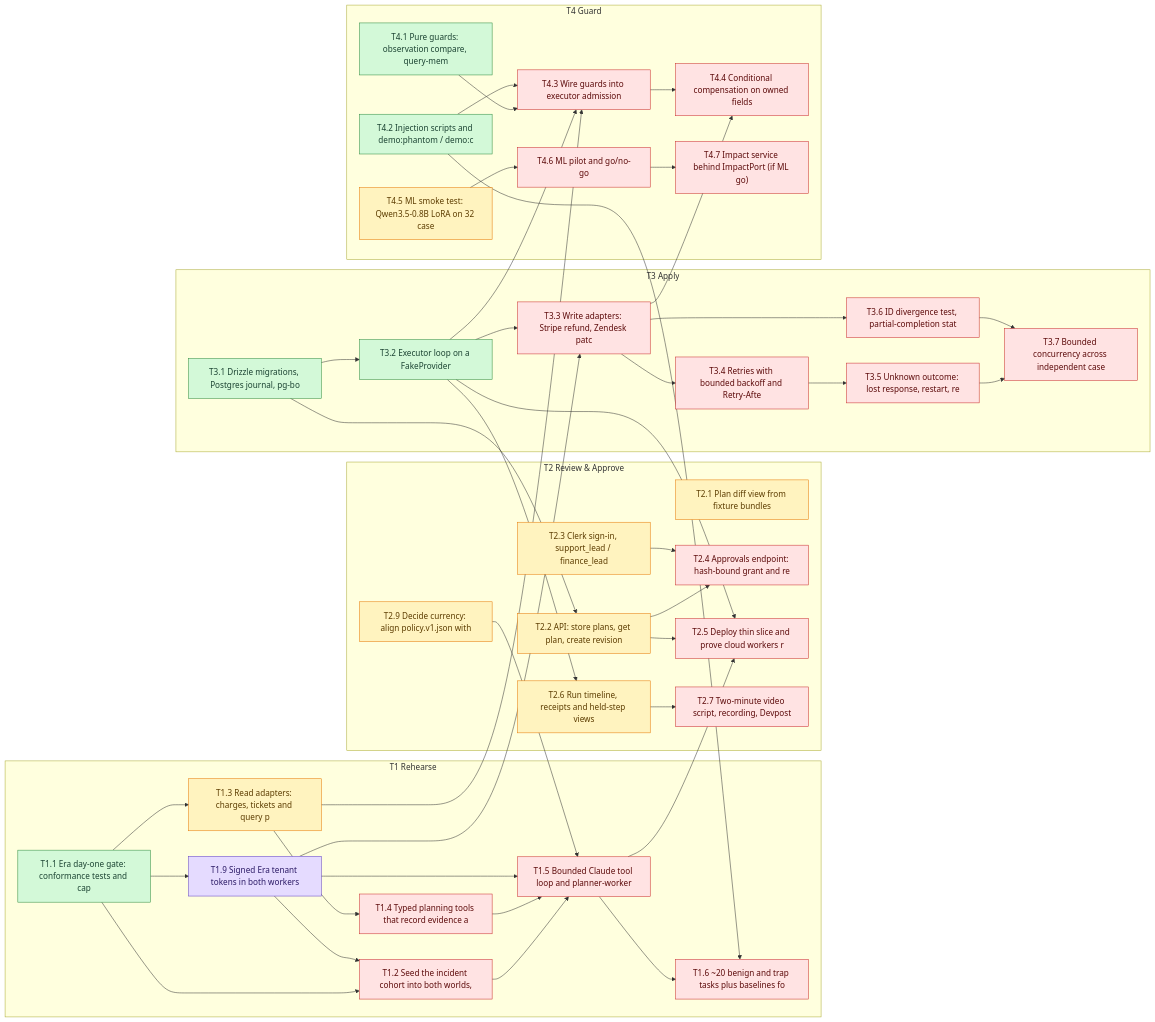
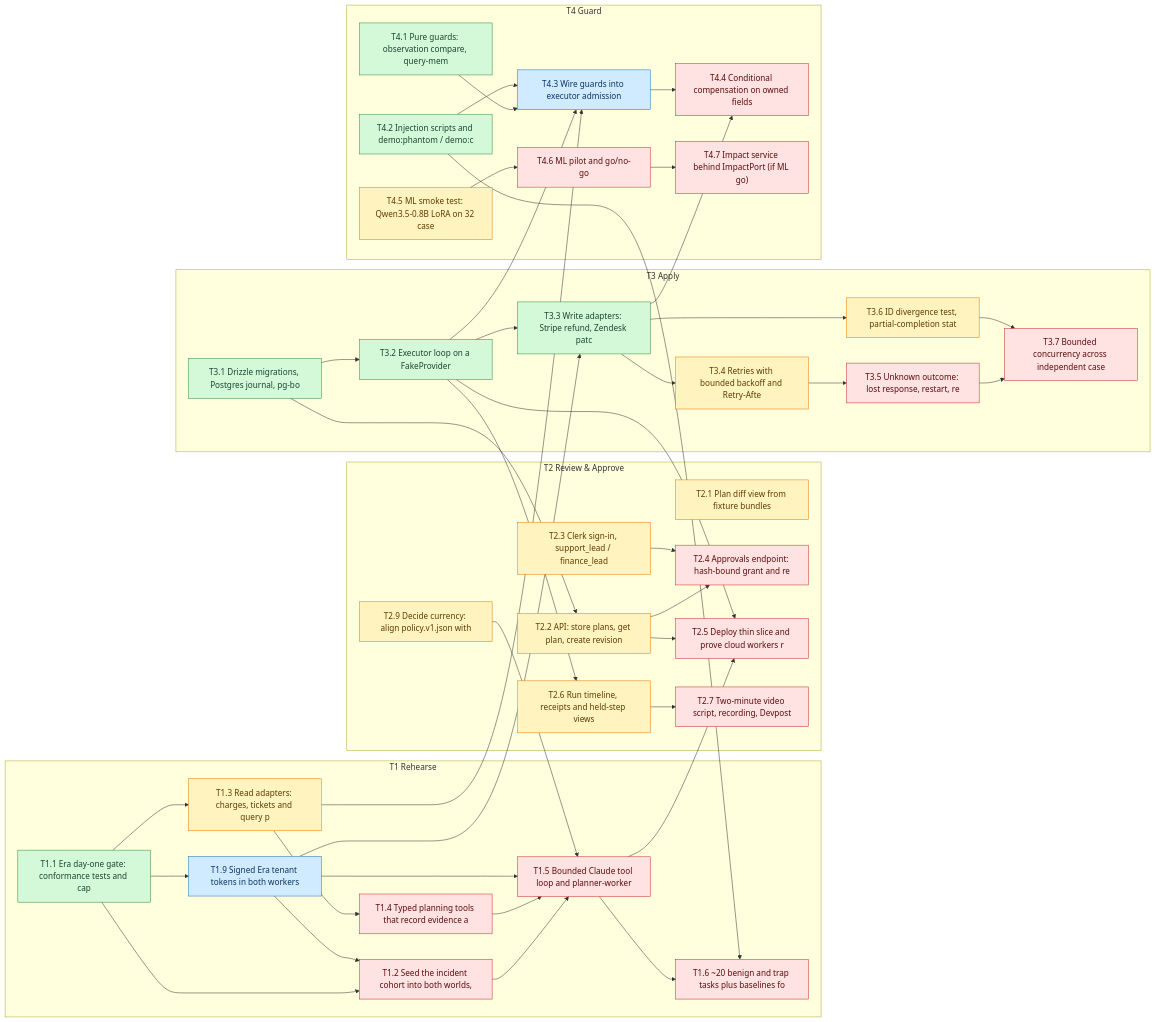
Before and after one commit to SoroushRF/Rehearsal: the diagram in BLOCKERS.md, drawn with Mermaid. The commit also changed other lines of this file, not shown here.

````diff
--- a/BLOCKERS.md
+++ b/BLOCKERS.md
@@ -84,80 +84,80 @@
 ```mermaid
 flowchart LR
   classDef done fill:#d3f9d8,stroke:#2b8a3e,color:#1b4332
   classDef review fill:#d0ebff,stroke:#1971c2,color:#0b3460
   classDef progress fill:#e5dbff,stroke:#5f3dc4,color:#2b1a66
   classDef ready fill:#fff3bf,stroke:#e67700,color:#5c3c00
   classDef blocked fill:#ffe3e3,stroke:#c92a2a,color:#5c0a0a
   subgraph T1[T1 Rehearse]
     T1_1["T1.1 Era day-one gate: conformance tests and cap"]:::done
     T1_2["T1.2 Seed the incident cohort into both worlds, "]:::blocked
     T1_3["T1.3 Read adapters: charges, tickets and query p"]:::ready
     T1_4["T1.4 Typed planning tools that record evidence a"]:::blocked
     T1_5["T1.5 Bounded Claude tool loop and planner-worker"]:::blocked
     T1_6["T1.6 ~20 benign and trap tasks plus baselines fo"]:::blocked
-    T1_9["T1.9 Signed Era tenant tokens in both workers"]:::progress
+    T1_9["T1.9 Signed Era tenant tokens in both workers"]:::review
   end
   subgraph T2[T2 Review & Approve]
     T2_1["T2.1 Plan diff view from fixture bundles"]:::ready
     T2_2["T2.2 API: store plans, get plan, create revision"]:::ready
     T2_3["T2.3 Clerk sign-in, support_lead / finance_lead "]:::ready
     T2_4["T2.4 Approvals endpoint: hash-bound grant and re"]:::blocked
     T2_5["T2.5 Deploy thin slice and prove cloud workers r"]:::blocked
     T2_6["T2.6 Run timeline, receipts and held-step views "]:::ready
     T2_7["T2.7 Two-minute video script, recording, Devpost"]:::blocked
     T2_9["T2.9 Decide currency: align policy.v1.json with "]:::ready
   end
   subgraph T3[T3 Apply]
     T3_1["T3.1 Drizzle migrations, Postgres journal, pg-bo"]:::done
     T3_2["T3.2 Executor loop on a FakeProvider"]:::done
-    T3_3["T3.3 Write adapters: Stripe refund, Zendesk patc"]:::blocked
-    T3_4["T3.4 Retries with bounded backoff and Retry-Afte"]:::blocked
+    T3_3["T3.3 Write adapters: Stripe refund, Zendesk patc"]:::done
+    T3_4["T3.4 Retries with bounded backoff and Retry-Afte"]:::ready
     T3_5["T3.5 Unknown outcome: lost response, restart, re"]:::blocked
-    T3_6["T3.6 ID divergence test, partial-completion stat"]:::blocked
+    T3_6["T3.6 ID divergence test, partial-completion stat"]:::ready
     T3_7["T3.7 Bounded concurrency across independent case"]:::blocked
   end
   subgraph T4[T4 Guard]
     T4_1["T4.1 Pure guards: observation compare, query-mem"]:::done
     T4_2["T4.2 Injection scripts and demo:phantom / demo:c"]:::done
-    T4_3["T4.3 Wire guards into executor admission"]:::blocked
+    T4_3["T4.3 Wire guards into executor admission"]:::review
     T4_4["T4.4 Conditional compensation on owned fields"]:::blocked
     T4_5["T4.5 ML smoke test: Qwen3.5-0.8B LoRA on 32 case"]:::ready
     T4_6["T4.6 ML pilot and go/no-go"]:::blocked
     T4_7["T4.7 Impact service behind ImpactPort (if ML go)"]:::blocked
   end
   T1_1 --> T1_2
   T1_9 --> T1_2
   T1_1 --> T1_3
   T1_3 --> T1_4
   T1_2 --> T1_5
   T1_4 --> T1_5
   T1_9 --> T1_5
   T2_9 --> T1_5
   T1_5 --> T1_6
   T4_2 --> T1_6
   T1_1 --> T1_9
   T3_1 --> T2_2
   T2_2 --> T2_4
   T2_3 --> T2_4
   T2_2 --> T2_5
   T1_5 --> T2_5
   T3_2 --> T2_5
   T3_2 --> T2_6
   T2_6 --> T2_7
   T3_1 --> T3_2
   T3_2 --> T3_3
   T1_9 --> T3_3
   T3_3 --> T3_4
   T3_4 --> T3_5
   T3_3 --> T3_6
   T3_5 --> T3_7
   T3_6 --> T3_7
   T4_1 --> T4_3
   T4_2 --> T4_3
   T3_2 --> T4_3
   T1_3 --> T4_3
   T4_3 --> T4_4
   T3_3 --> T4_4
   T4_5 --> T4_6
   T4_6 --> T4_7
 ```
````
